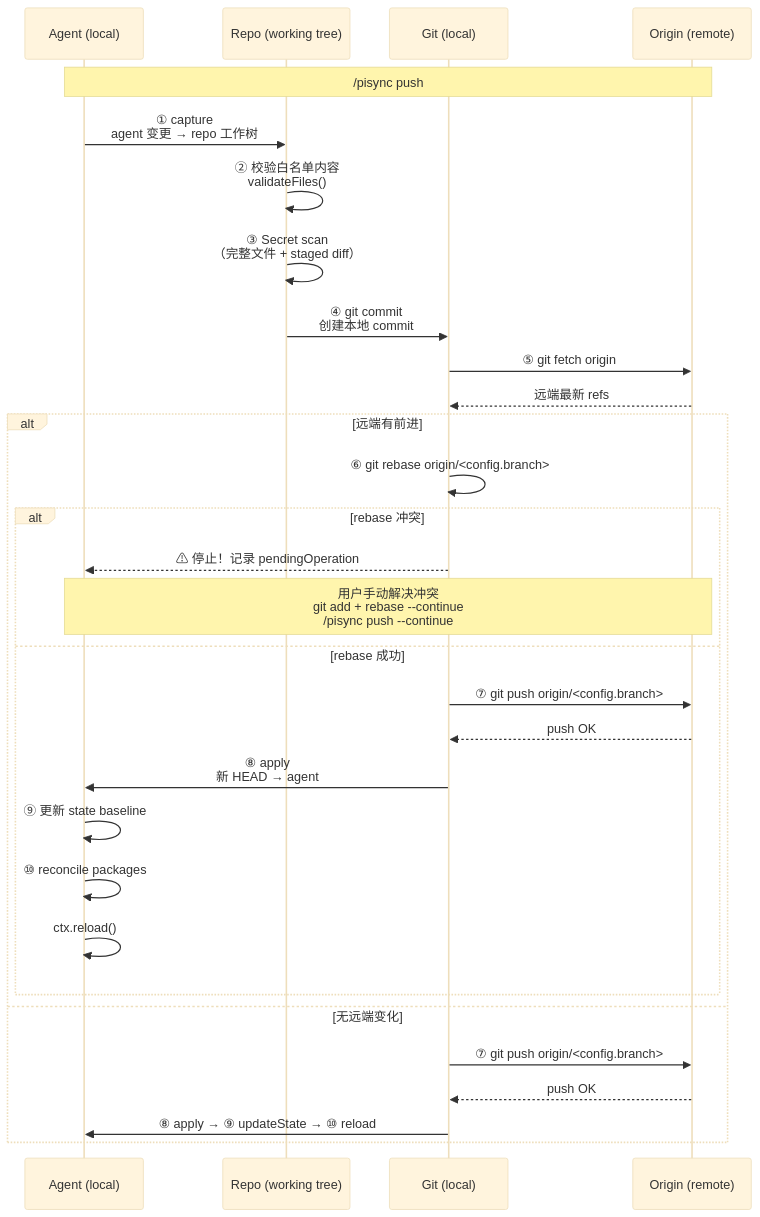
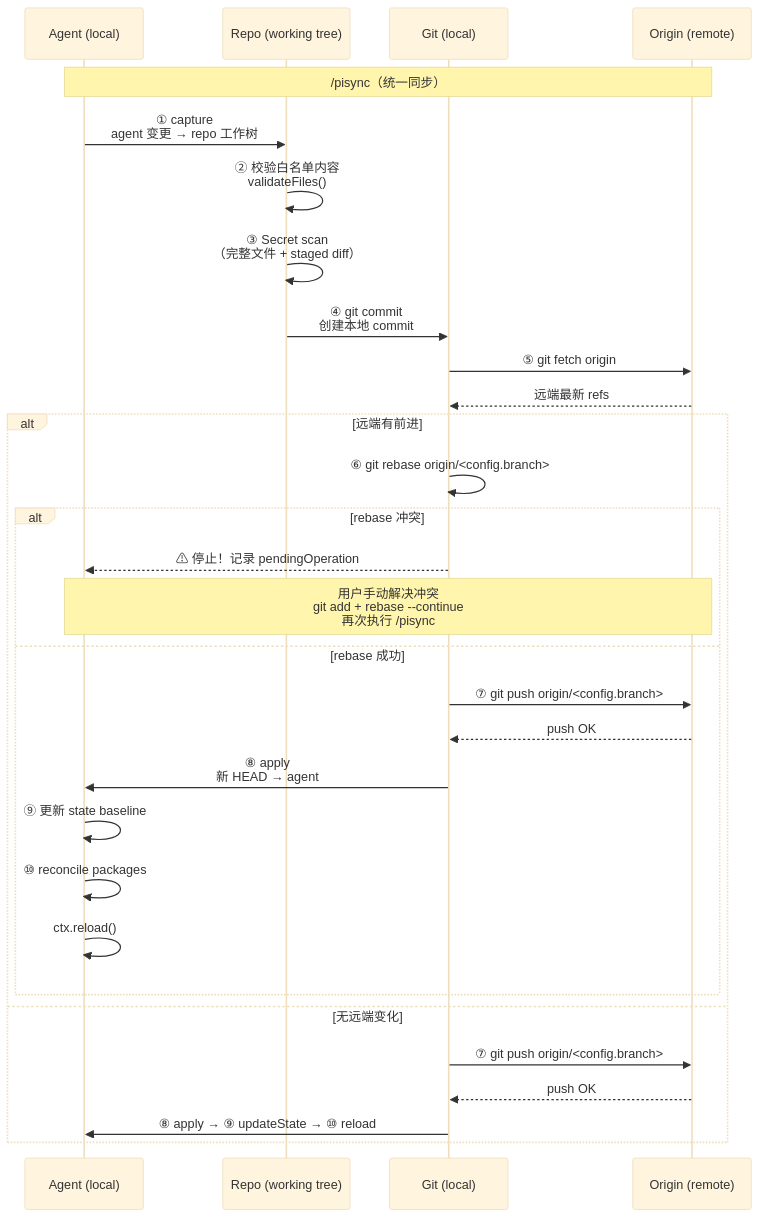
Before and after one commit to jachy-h/pi-git-sync: the fifth of 12 diagrams in docs/architecture.md, drawn with Mermaid (base theme). The commit also changed other lines of this file and 19 other files, not shown here.

````diff
--- a/docs/architecture.md
+++ b/docs/architecture.md
@@ -386,36 +386,36 @@
 ```mermaid
 sequenceDiagram
     participant A as Agent (local)
     participant R as Repo (working tree)
     participant G as Git (local)
     participant O as Origin (remote)
 
-    Note over A,O: /pisync push
+    Note over A,O: /pisync（统一同步）
 
     A->>R: ① capture<br/>agent 变更 → repo 工作树
     R->>R: ② 校验白名单内容<br/>validateFiles()
     R->>R: ③ Secret scan<br/>（完整文件 + staged diff）
     R->>G: ④ git commit<br/>创建本地 commit
     G->>O: ⑤ git fetch origin
     O-->>G: 远端最新 refs
     
     alt 远端有前进
         G->>G: ⑥ git rebase origin/<config.branch>
         
         alt rebase 冲突
             G-->>A: ⚠ 停止！记录 pendingOperation
-            Note over A,O: 用户手动解决冲突<br/>git add + rebase --continue<br/>/pisync push --continue
+            Note over A,O: 用户手动解决冲突<br/>git add + rebase --continue<br/>再次执行 /pisync
         else rebase 成功
             G->>O: ⑦ git push origin/<config.branch>
             O-->>G: push OK
             G->>A: ⑧ apply<br/>新 HEAD → agent
             A->>A: ⑨ 更新 state baseline
             A->>A: ⑩ reconcile packages
             A->>A: ctx.reload()
         end
     else 无远端变化
         G->>O: ⑦ git push origin/<config.branch>
         O-->>G: push OK
         G->>A: ⑧ apply → ⑨ updateState → ⑩ reload
     end
 ```
````
